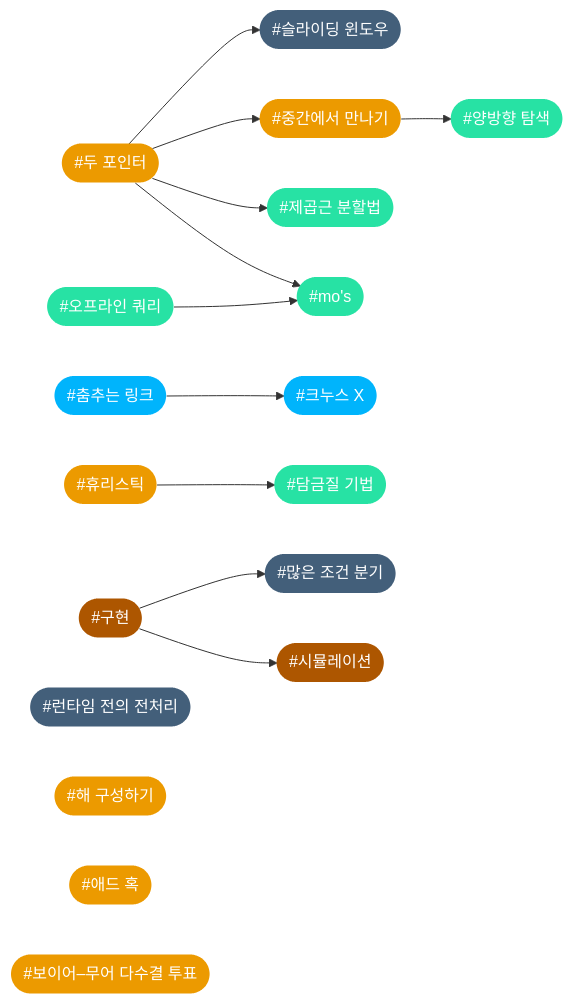
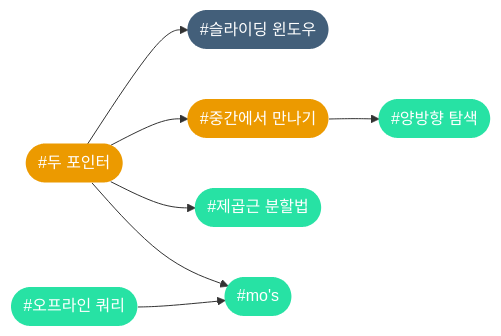
One commit to CHOYUNSIG/algorithm_with_boj changed diagram 13 of 17 in index.md. Above: the diagram before and after it, drawn with Mermaid. The commit also changed other lines of this file, not shown here.

```diff
--- a/index.md
+++ b/index.md
@@ -702,44 +700,25 @@
 <pre class="mermaid">
     graph LR
 
     #two_pointer --> #sliding_window
     #two_pointer --> #mitm
     #two_pointer --> #sqrt_decomposition
     #two_pointer --> #mo
     #offline_queries --> #mo
     #mitm --> #bidirectional_search
-    #dancing_links --> #knuth_x
-    #heuristics --> #simulated_annealing
-    #implementation --> #case_work
-    #implementation --> #simulation
-    #precomputation
-    #constructive
-    #ad_hoc
-    #majority_vote
-
+    
     #mo(["#mo's"]):::tier3
-    #implementation(["#구현"]):::tier0
-    #simulated_annealing(["#담금질 기법"]):::tier3
     #two_pointer(["#두 포인터"]):::tier2
-    #precomputation(["#런타임 전의 전처리"]):::tier1
-    #case_work(["#많은 조건 분기"]):::tier1
-    #majority_vote(["#보이어–무어 다수결 투표"]):::tier2
     #sliding_window(["#슬라이딩 윈도우"]):::tier1
-    #simulation(["#시뮬레이션"]):::tier0
-    #ad_hoc(["#애드 혹"]):::tier2
     #bidirectional_search(["#양방향 탐색"]):::tier3
     #offline_queries(["#오프라인 쿼리"]):::tier3
     #sqrt_decomposition(["#제곱근 분할법"]):::tier3
     #mitm(["#중간에서 만나기"]):::tier2
-    #dancing_links(["#춤추는 링크"]):::tier4
-    #knuth_x(["#크누스 X"]):::tier4
-    #constructive(["#해 구성하기"]):::tier2
-    #heuristics(["#휴리스틱"]):::tier2
 
     classDef tier0 fill:#ad5600, color:#fff, stroke:#0000
     classDef tier1 fill:#435f7a, color:#fff, stroke:#0000
     classDef tier2 fill:#ec9a00, color:#fff, stroke:#0000
     classDef tier3 fill:#27e2a4, color:#fff, stroke:#0000
     classDef tier4 fill:#00b4fc, color:#fff, stroke:#0000
     classDef tier5 fill:#ff0062, color:#fff, stroke:#0000
 </pre>
```
